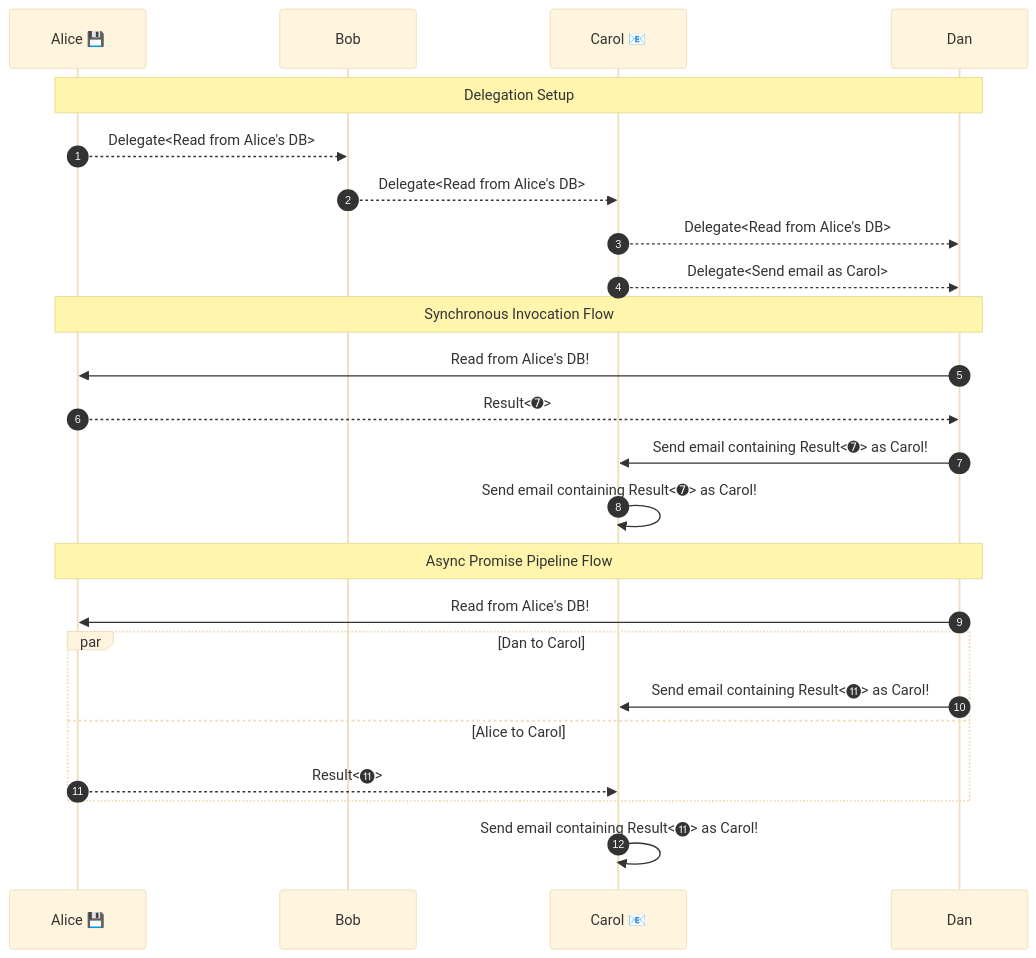
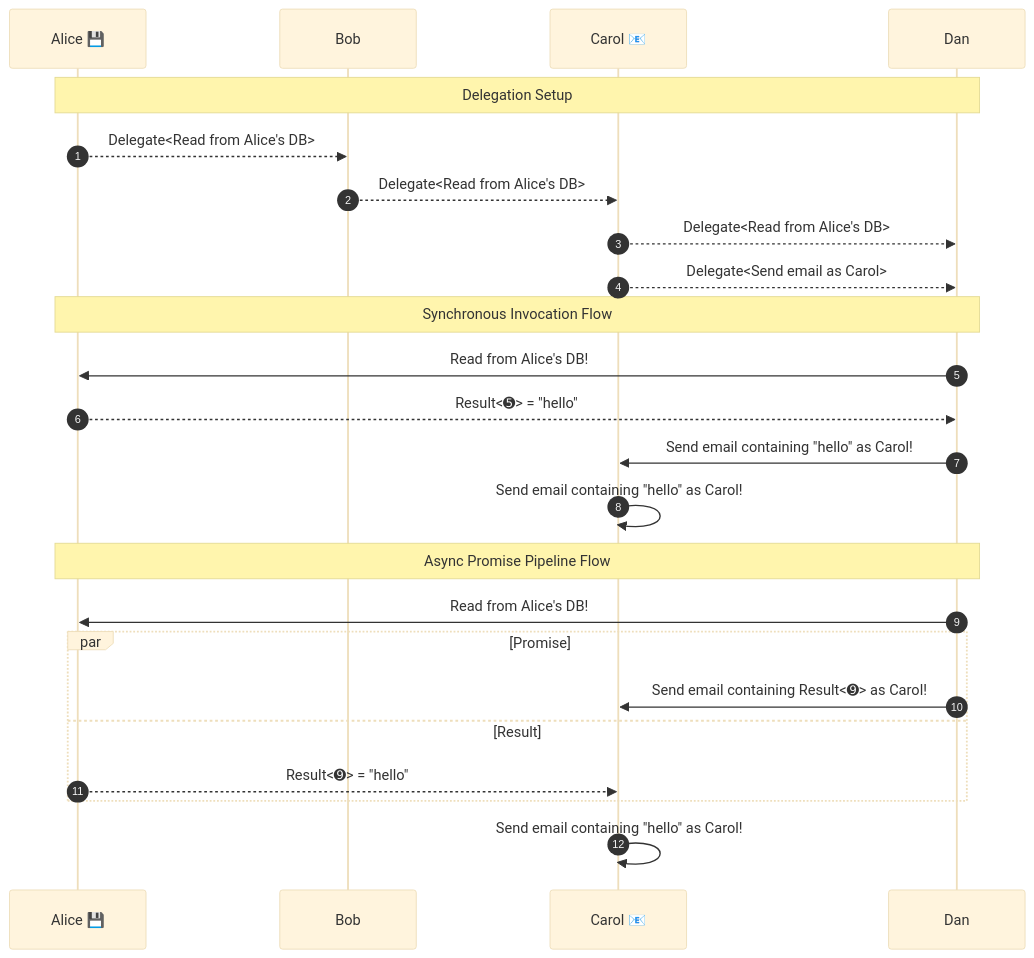
The diagram in README.md (ucan-wg/promise), drawn with Mermaid (base theme) before and after one commit.

Commit message:
fix numbering

````diff
--- a/README.md
+++ b/README.md
@@ -62,32 +62,32 @@
 ``` mermaid
 sequenceDiagram
     participant Alice 💾
     participant Bob
     participant Carol 📧
     participant Dan
 
     autonumber
 
     Note over Alice 💾, Dan: Delegation Setup
         Alice 💾 -->> Bob:      Delegate<Read from Alice's DB>
         Bob      -->> Carol 📧: Delegate<Read from Alice's DB>
         Carol 📧 -->> Dan:      Delegate<Read from Alice's DB>
         Carol 📧 -->> Dan:      Delegate<Send email as Carol>
 
     Note over Alice 💾, Dan: Synchronous Invocation Flow
         Dan      ->>  Alice 💾: Read from Alice's DB!
-        Alice 💾 -->> Dan:      Result<➐>
-        Dan      ->>  Carol 📧: Send email containing Result<➐> as Carol!
-        Carol 📧 ->>  Carol 📧: Send email containing Result<➐> as Carol!
+        Alice 💾 -->> Dan:      Result<➎> = "hello"
+        Dan      ->>  Carol 📧: Send email containing "hello" as Carol!
+        Carol 📧 ->>  Carol 📧: Send email containing "hello" as Carol!
 
     Note over Alice 💾, Dan: Async Promise Pipeline Flow
         Dan      ->>  Alice 💾: Read from Alice's DB!
 
-        par Dan to Carol
-            Dan      ->>  Carol 📧: Send email containing Result<⓫> as Carol!
-        and Alice to Carol
-            Alice 💾 -->> Carol 📧: Result<⓫>
+        par Promise
+            Dan      ->>  Carol 📧: Send email containing Result<➒> as Carol!
+        and Result
+            Alice 💾 -->> Carol 📧: Result<➒> = "hello"
         end
 
-        Carol 📧 ->>  Carol 📧: Send email containing Result<⓫> as Carol!
+        Carol 📧 ->>  Carol 📧: Send email containing "hello" as Carol!
 ```
````
